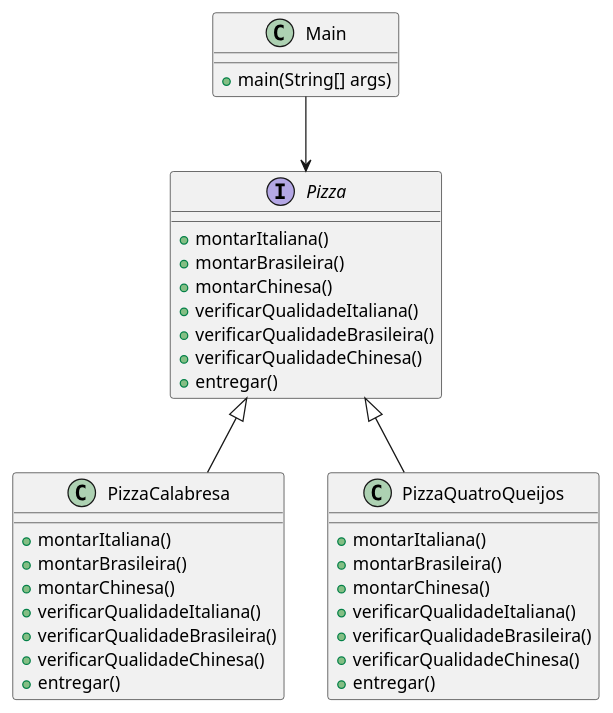
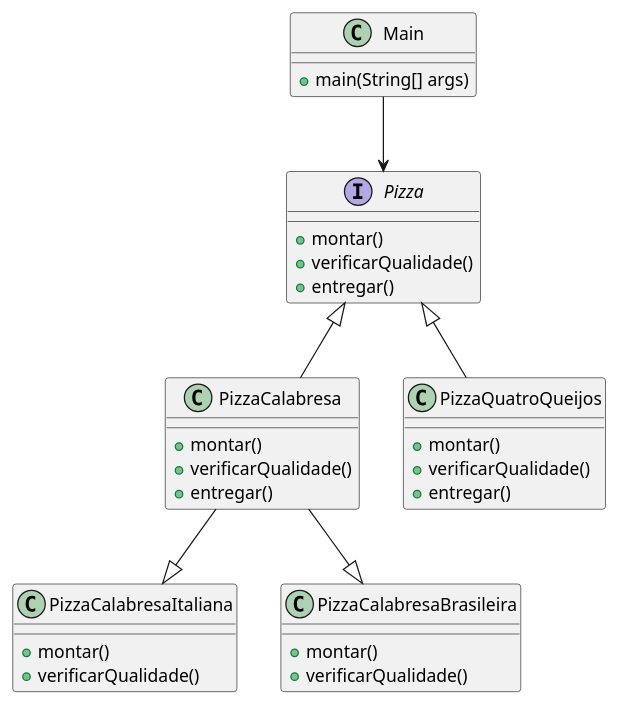
Before and after one commit to 20242-ifba-saj-ads-ppr/seminario-ppr-estrutural-bridge-builder: the first of 2 diagrams in README.md, drawn with PlantUML.

````diff
--- a/README.md
+++ b/README.md
@@ -63,41 +63,41 @@
 ```plantuml
 @startuml
 interface Pizza {
-    + montarItaliana()
-    + montarBrasileira()
-    + montarChinesa()
-    + verificarQualidadeItaliana()
-    + verificarQualidadeBrasileira()
-    + verificarQualidadeChinesa()
+    + montar()
+    + verificarQualidade()
     + entregar()
 }
 
 class PizzaCalabresa {
-    + montarItaliana()
-    + montarBrasileira()
-    + montarChinesa()
-    + verificarQualidadeItaliana()
-    + verificarQualidadeBrasileira()
-    + verificarQualidadeChinesa()
+    + montar()
+    + verificarQualidade()
     + entregar()
 }
 
 class PizzaQuatroQueijos {
-    + montarItaliana()
-    + montarBrasileira()
-    + montarChinesa()
-    + verificarQualidadeItaliana()
-    + verificarQualidadeBrasileira()
-    + verificarQualidadeChinesa()
+    + montar()
+    + verificarQualidade()
     + entregar()
+}
+
+class PizzaCalabresaItaliana {
+    + montar()
+    + verificarQualidade()
+}
+
+class PizzaCalabresaBrasileira {
+    + montar()
+    + verificarQualidade()
 }
 
 class Main {
     + main(String[] args)
 }
 
 Pizza <|-- PizzaCalabresa
 Pizza <|-- PizzaQuatroQueijos
+PizzaCalabresa --|> PizzaCalabresaItaliana
+PizzaCalabresa --|> PizzaCalabresaBrasileira
 Main --> Pizza
 @enduml
 ```
````
